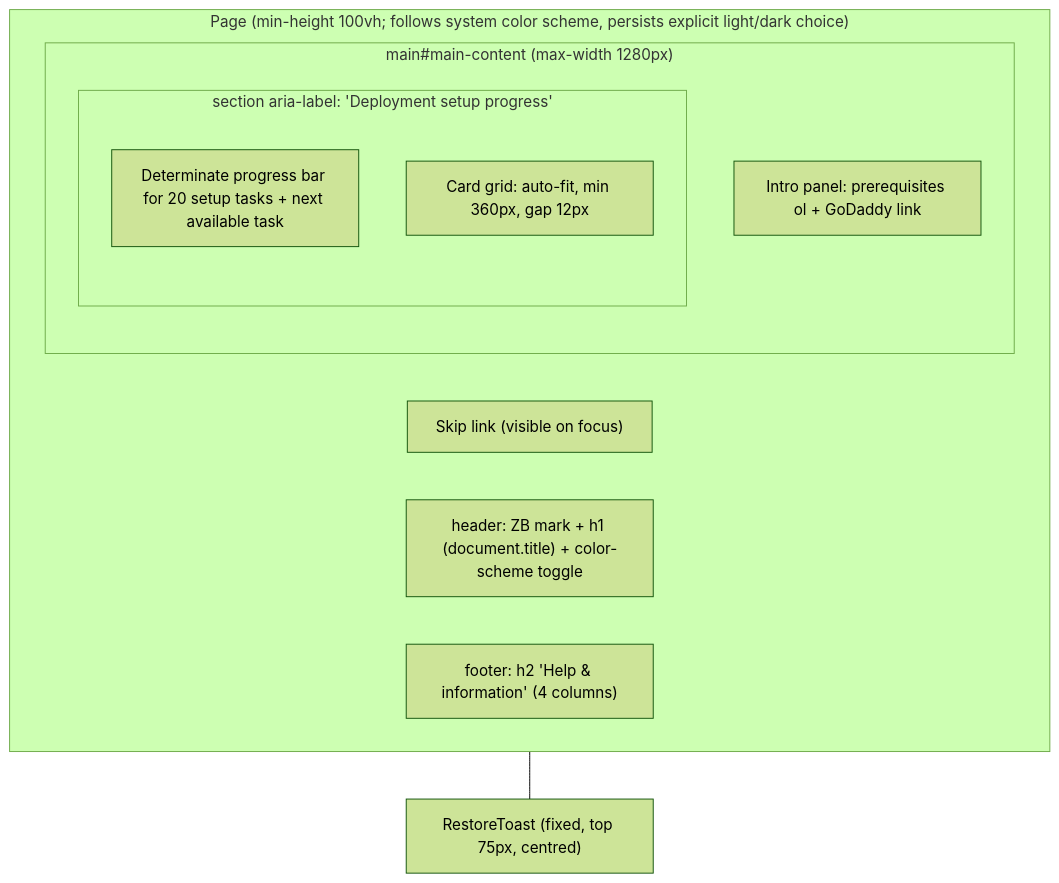
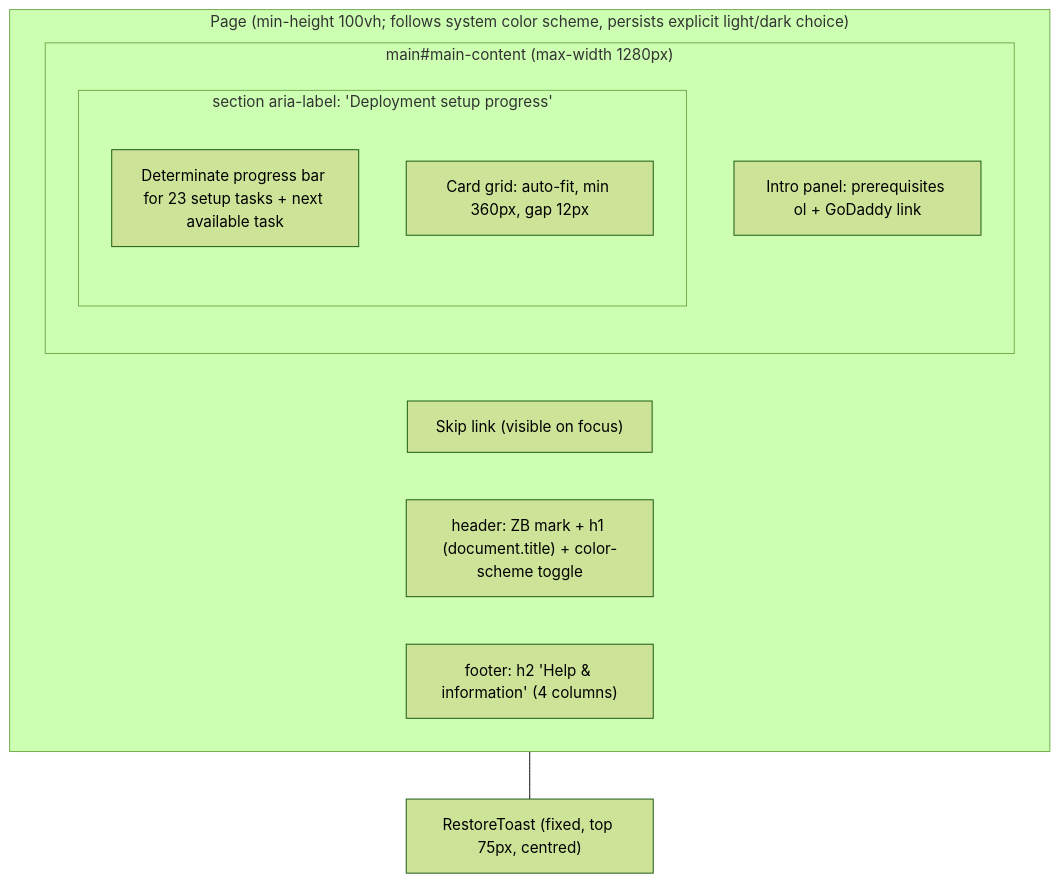
The first of 9 diagrams in zeninstallerPvt/ui/UI_UX.md (ZenMe-AU/ZenbloxCore), drawn with Mermaid (forest theme) before and after one commit. The commit also changed other lines of this file and 25 other files, not shown here.

````diff
--- a/zeninstallerPvt/ui/UI_UX.md
+++ b/zeninstallerPvt/ui/UI_UX.md
@@ -23,17 +23,17 @@
 ```mermaid
 flowchart TB
   subgraph Page["Page (min-height 100vh; follows system color scheme, persists explicit light/dark choice)"]
     Skip["Skip link (visible on focus)"]
     Header["header: ZB mark + h1 (document.title) + color-scheme toggle"]
     subgraph Main["main#main-content (max-width 1280px)"]
       Intro["Intro panel: prerequisites ol + GoDaddy link"]
       subgraph Section["section aria-label: 'Deployment setup progress'"]
-        Progress["Determinate progress bar for 20 setup tasks + next available task"]
+        Progress["Determinate progress bar for 23 setup tasks + next available task"]
         Grid["Card grid: auto-fit, min 360px, gap 12px"]
       end
     end
     Footer["footer: h2 'Help & information' (4 columns)"]
   end
   Toast["RestoreToast (fixed, top 75px, centred)"]
   Page --- Toast
 ```
````
